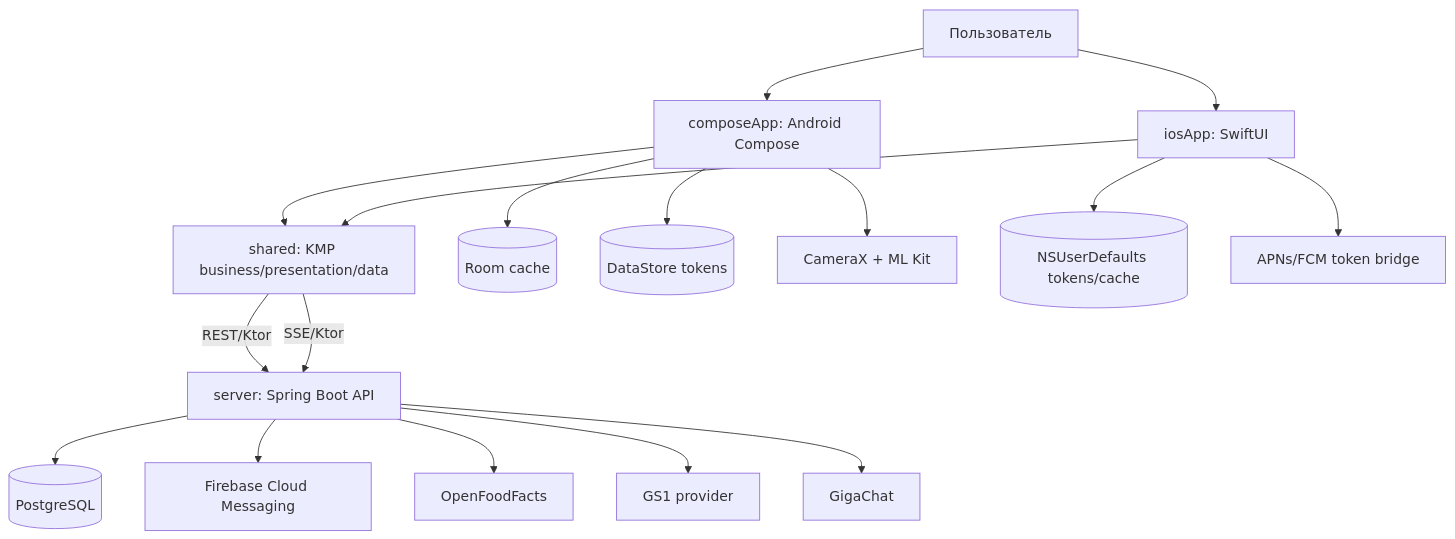
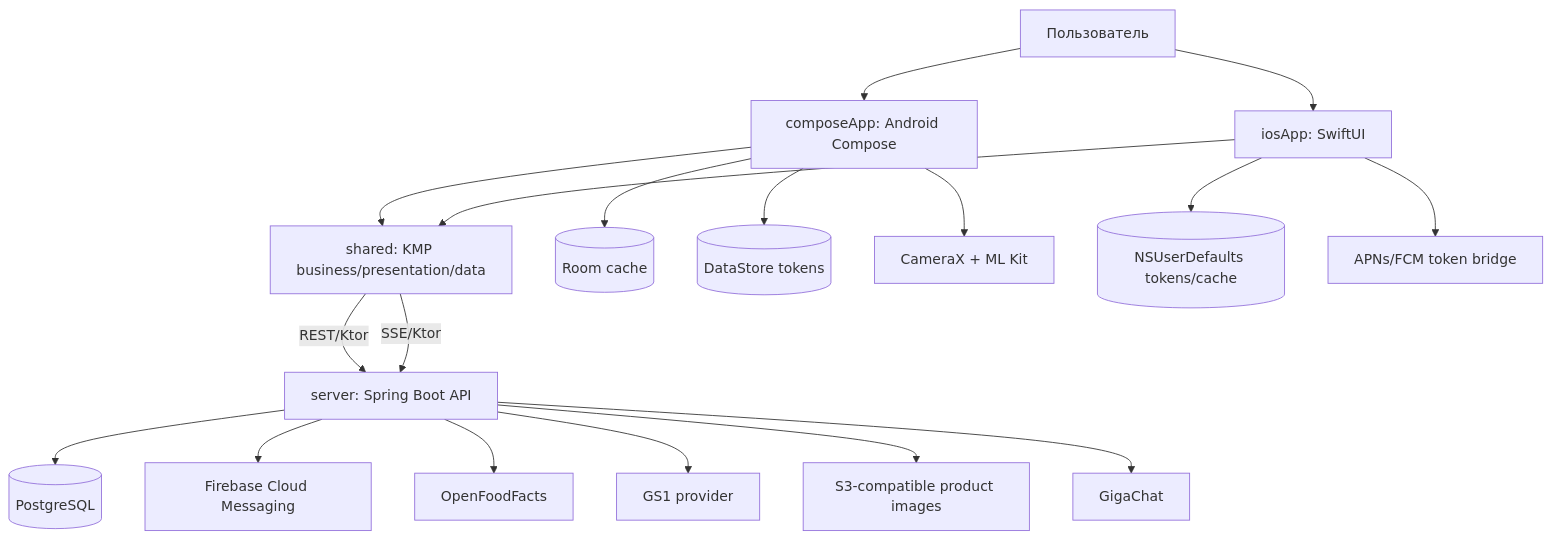
The first of 10 diagrams in docs/01_final_project_architecture_and_flows.md (LittlePony00/ProductInventory), drawn with Mermaid before and after one commit. The commit also changed other lines of this file and 65 other files, not shown here.

````diff
--- a/docs/01_final_project_architecture_and_flows.md
+++ b/docs/01_final_project_architecture_and_flows.md
@@ -41,22 +42,23 @@
 ```mermaid
 flowchart TB
     User[Пользователь] --> Android[composeApp: Android Compose]
     User --> IOS[iosApp: SwiftUI]
 
     Android --> Shared[shared: KMP business/presentation/data]
     IOS --> Shared
 
     Shared -->|REST/Ktor| Server[server: Spring Boot API]
     Shared -->|SSE/Ktor| Server
     Server --> DB[(PostgreSQL)]
     Server --> FCM[Firebase Cloud Messaging]
     Server --> OFF[OpenFoodFacts]
     Server --> GS1[GS1 provider]
+    Server --> S3[S3-compatible product images]
     Server --> Giga[GigaChat]
 
     Android --> Room[(Room cache)]
     Android --> DataStore[(DataStore tokens)]
     Android --> Camera[CameraX + ML Kit]
     IOS --> NSUserDefaults[(NSUserDefaults tokens/cache)]
     IOS --> APNS[APNs/FCM token bridge]
 ```
````
